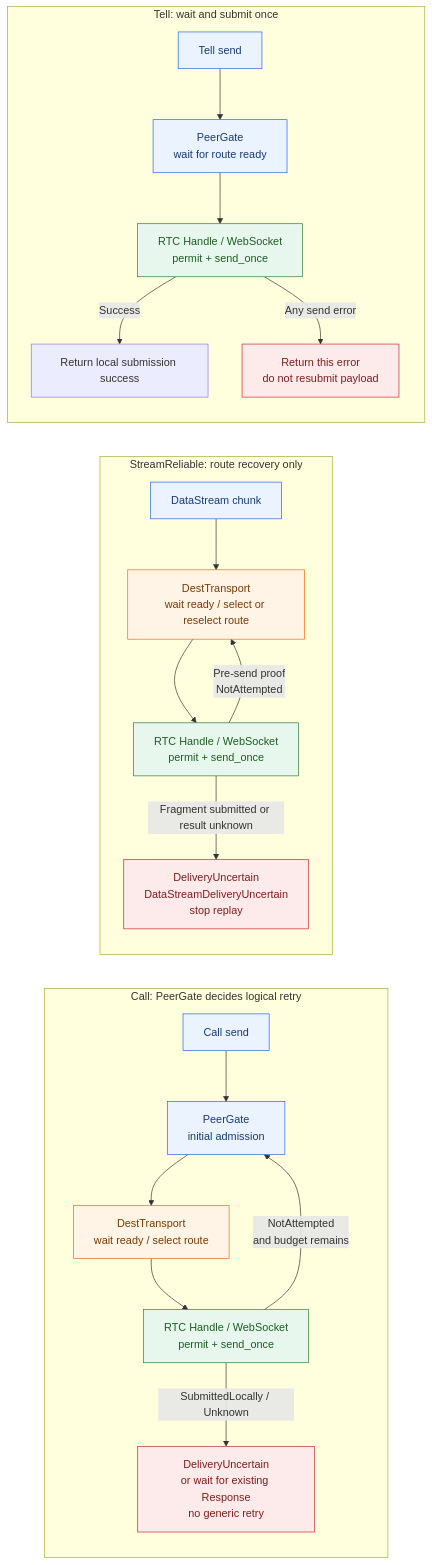
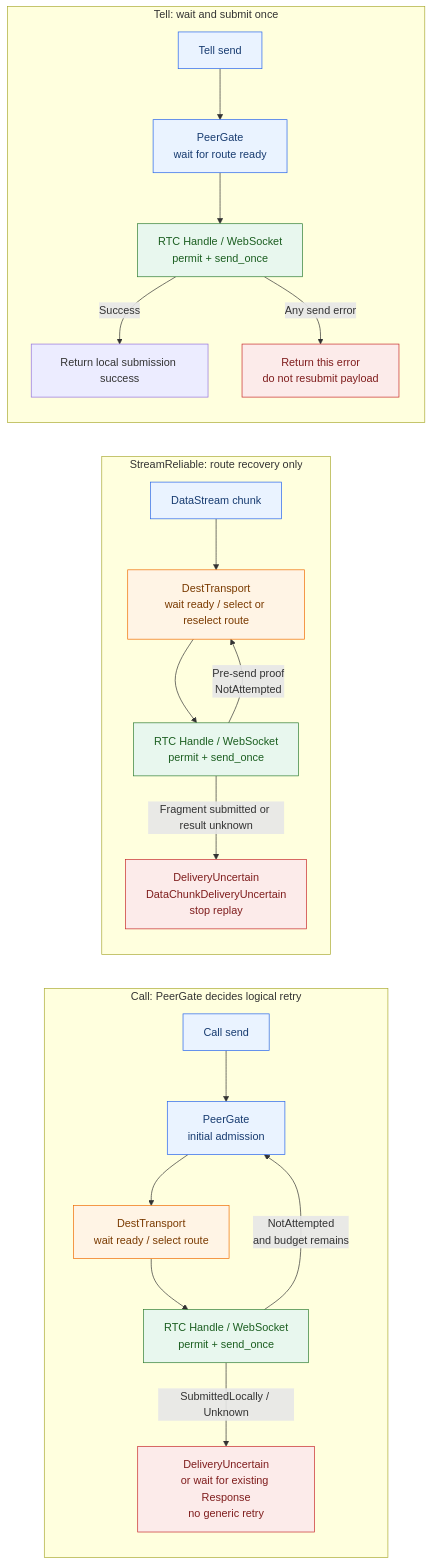
Before and after one commit to Actrium/actrium: the diagram in rfcs/actr/0507-outbound-send-recovery.md, drawn with Mermaid. The commit also changed other lines of this file, not shown here.

````diff
--- a/rfcs/actr/0507-outbound-send-recovery.md
+++ b/rfcs/actr/0507-outbound-send-recovery.md
@@ -441,34 +441,34 @@
 ```mermaid
 flowchart LR
     subgraph CALL["Call: PeerGate decides logical retry"]
         C0["Call send"] --> C1["PeerGate<br/>initial admission"]
         C1 --> C2["DestTransport<br/>wait ready / select route"]
         C2 --> C3["RTC Handle / WebSocket<br/>permit + send_once"]
         C3 -->|"NotAttempted<br/>and budget remains"| C1
         C3 -->|"SubmittedLocally / Unknown"| C4["DeliveryUncertain<br/>or wait for existing Response<br/>no generic retry"]
     end
 
     subgraph STREAM["StreamReliable: route recovery only"]
         S0["DataStream chunk"] --> S1["DestTransport<br/>wait ready / select or reselect route"]
         S1 --> S2["RTC Handle / WebSocket<br/>permit + send_once"]
         S2 -->|"Pre-send proof<br/>NotAttempted"| S1
-        S2 -->|"Fragment submitted or result unknown"| S3["DeliveryUncertain<br/>DataStreamDeliveryUncertain<br/>stop replay"]
+        S2 -->|"Fragment submitted or result unknown"| S3["DeliveryUncertain<br/>DataChunkDeliveryUncertain<br/>stop replay"]
     end
 
     subgraph TELL["Tell: wait and submit once"]
         T0["Tell send"] --> T1["PeerGate<br/>wait for route ready"]
         T1 --> T2["RTC Handle / WebSocket<br/>permit + send_once"]
         T2 -->|"Success"| T3["Return local submission success"]
         T2 -->|"Any send error"| T4["Return this error<br/>do not resubmit payload"]
     end
 
     classDef logic fill:#eaf3ff,stroke:#2563eb,color:#173b70
     classDef route fill:#fff4e5,stroke:#ef6c00,color:#7a3a00
     classDef physical fill:#e8f7ee,stroke:#2e7d32,color:#1b5e20
     classDef stop fill:#fcebea,stroke:#c62828,color:#7f1d1d
 
     class C0,C1,T0,T1,S0 logic
     class C2,S1 route
     class C3,S2,T2 physical
     class C4,S3,T4 stop
 ```
````
